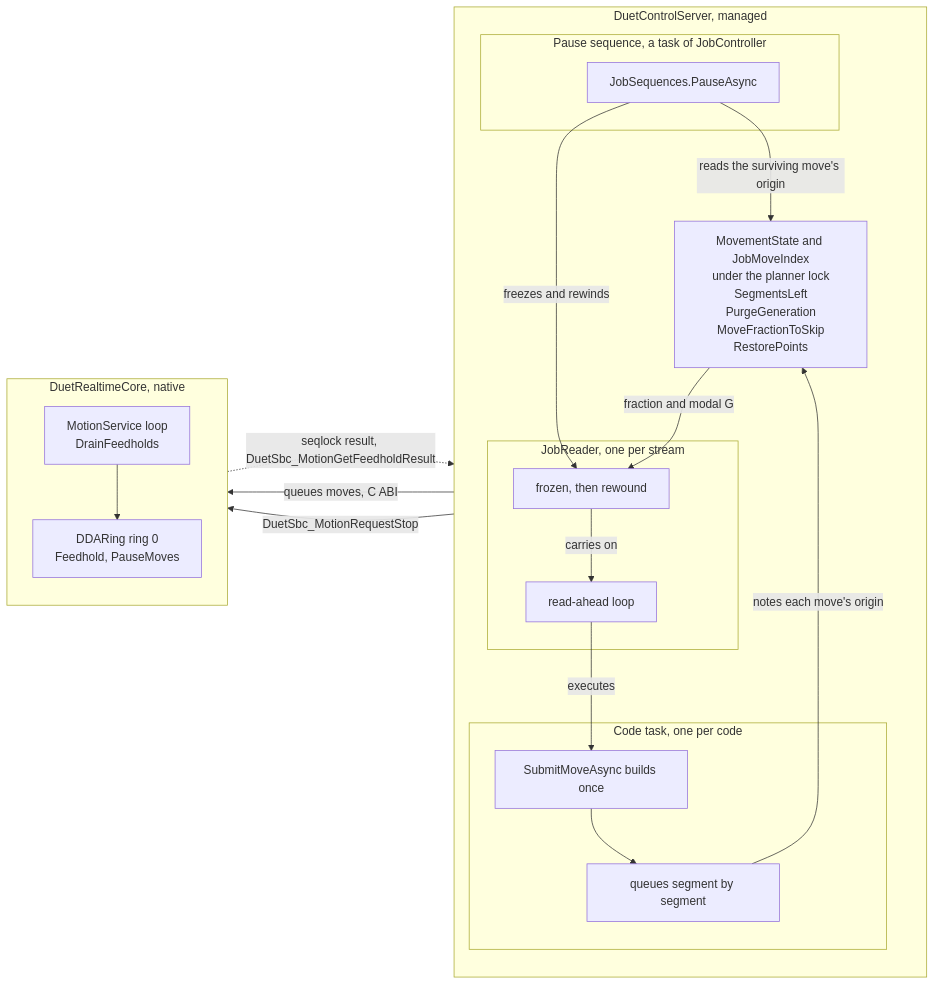
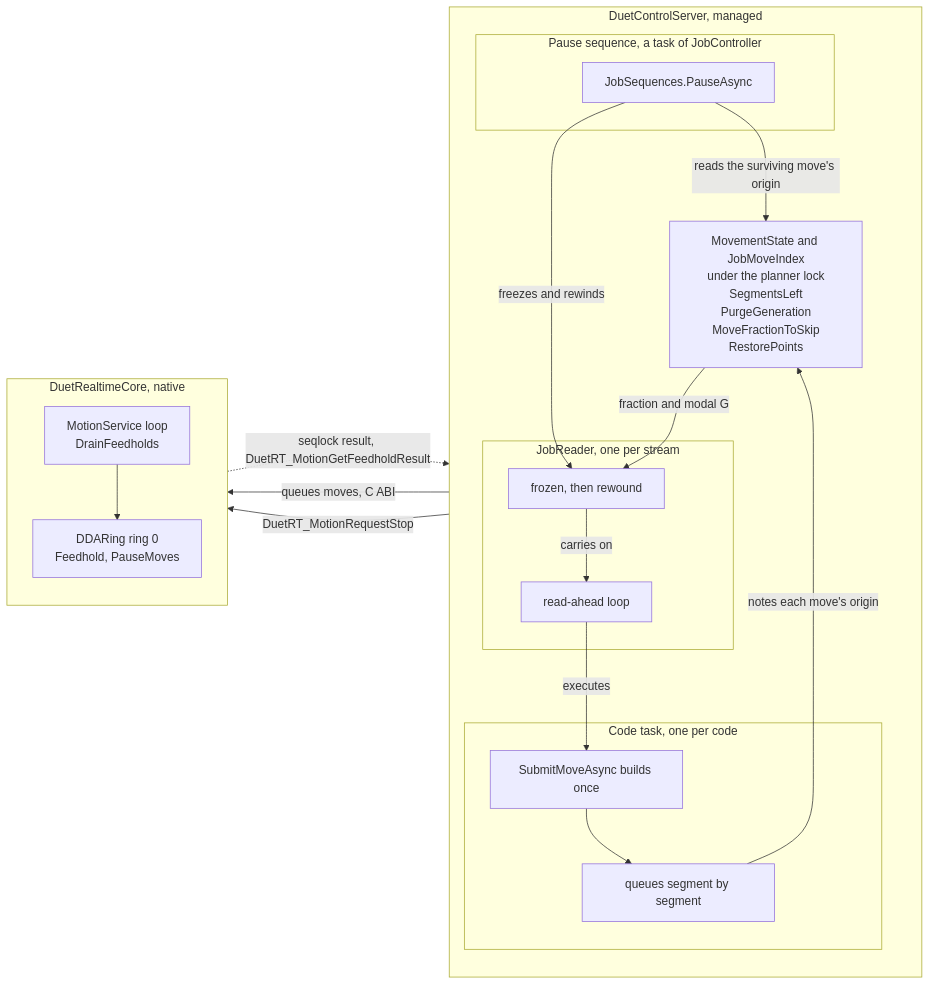
Before and after one commit to Duet3D/DuetSoftwareFramework: the first of 5 diagrams in src/Documentation/articles/pause-and-resume.md, drawn with Mermaid. The commit also changed other lines of this file and 48 other files, not shown here.

````diff
--- a/src/Documentation/articles/pause-and-resume.md
+++ b/src/Documentation/articles/pause-and-resume.md
@@ -31,35 +31,35 @@
 ```mermaid
 flowchart LR
     subgraph DCS["DuetControlServer, managed"]
         direction TB
         subgraph JOB["JobReader, one per stream"]
             J1["read-ahead loop"]
             J2["frozen, then rewound"]
         end
         subgraph CODE["Code task, one per code"]
             C1["SubmitMoveAsync builds once"]
             C2["queues segment by segment"]
         end
         subgraph PAUSE["Pause sequence, a task of JobController"]
             P1["JobSequences.PauseAsync"]
         end
         ST["MovementState and JobMoveIndex<br/>under the planner lock<br/>SegmentsLeft<br/>PurgeGeneration<br/>MoveFractionToSkip<br/>RestorePoints"]
     end
     subgraph SBCI["DuetRealtimeCore, native"]
         direction TB
         N1["MotionService loop<br/>DrainFeedholds"]
         N2["DDARing ring 0<br/>Feedhold, PauseMoves"]
     end
 
     J1 -- executes --> C1
     C1 --> C2
     C2 -- notes each move's origin --> ST
     C2 -- queues moves, C ABI --> N2
-    P1 -- DuetSbc_MotionRequestStop --> N1
+    P1 -- DuetRT_MotionRequestStop --> N1
     N1 --> N2
-    N2 -. seqlock result, DuetSbc_MotionGetFeedholdResult .-> P1
+    N2 -. seqlock result, DuetRT_MotionGetFeedholdResult .-> P1
     P1 -- reads the surviving move's origin --> ST
     P1 -- freezes and rewinds --> J2
     ST -- fraction and modal G --> J2
     J2 -- carries on --> J1
 ```
````
